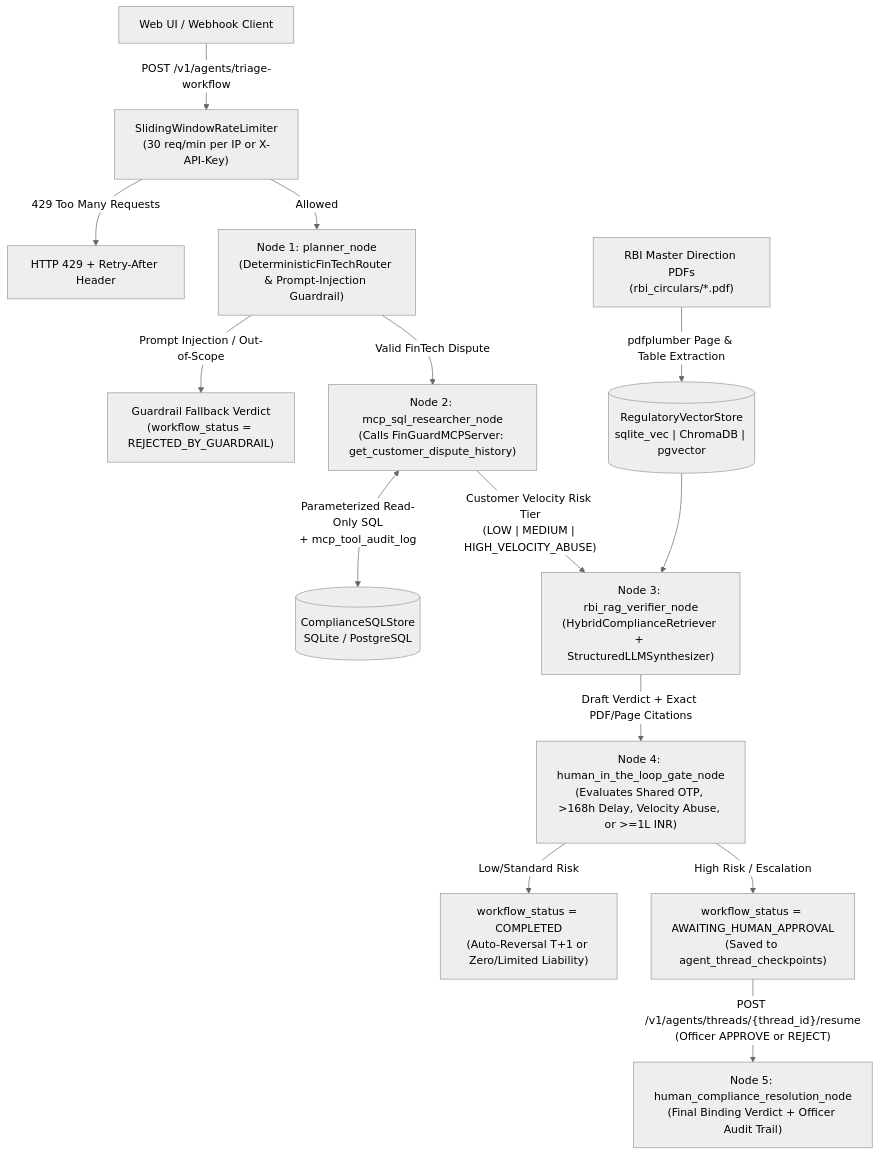
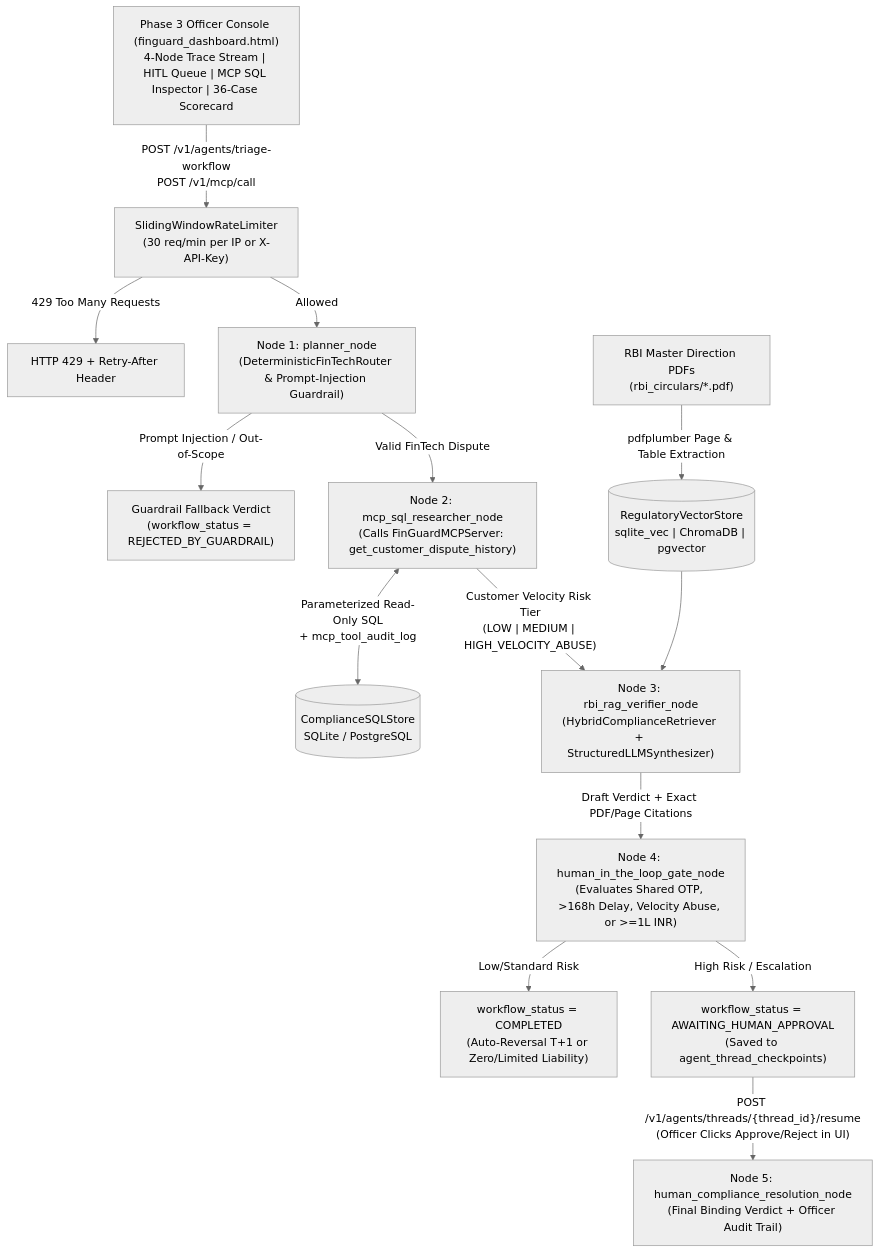
One commit to SanketBelieve/finguard_ai changed the diagram in README.md. Above: the diagram before and after it, drawn with Mermaid (neutral theme). The commit also changed other lines of this file and 1 other file, not shown here.

````diff
--- a/README.md
+++ b/README.md
@@ -22,20 +22,20 @@
 ```mermaid
 flowchart TD
-    Client["Web UI / Webhook Client"] -->|"POST /v1/agents/triage-workflow"| RateLimiter["SlidingWindowRateLimiter\n(30 req/min per IP or X-API-Key)"]
+    UI["Phase 3 Officer Console (finguard_dashboard.html)\n4-Node Trace Stream | HITL Queue | MCP SQL Inspector | 36-Case Scorecard"] -->|"POST /v1/agents/triage-workflow\nPOST /v1/mcp/call"| RateLimiter["SlidingWindowRateLimiter\n(30 req/min per IP or X-API-Key)"]
     RateLimiter -->|"429 Too Many Requests"| Reject429["HTTP 429 + Retry-After Header"]
     RateLimiter -->|"Allowed"| Node1["Node 1: planner_node\n(DeterministicFinTechRouter & Prompt-Injection Guardrail)"]
 
     Node1 -->|"Prompt Injection / Out-of-Scope"| Guardrail["Guardrail Fallback Verdict\n(workflow_status = REJECTED_BY_GUARDRAIL)"]
     Node1 -->|"Valid FinTech Dispute"| Node2["Node 2: mcp_sql_researcher_node\n(Calls FinGuardMCPServer: get_customer_dispute_history)"]
 
     Node2 <-->|"Parameterized Read-Only SQL\n+ mcp_tool_audit_log"| SQLStore[("ComplianceSQLStore\nSQLite / PostgreSQL")]
     Node2 -->|"Customer Velocity Risk Tier\n(LOW | MEDIUM | HIGH_VELOCITY_ABUSE)"| Node3["Node 3: rbi_rag_verifier_node\n(HybridComplianceRetriever + StructuredLLMSynthesizer)"]
 
     PDFs["RBI Master Direction PDFs\n(rbi_circulars/*.pdf)"] -->|"pdfplumber Page & Table Extraction"| VectorStore[("RegulatoryVectorStore\nsqlite_vec | ChromaDB | pgvector")]
     VectorStore --> Node3
 
     Node3 -->|"Draft Verdict + Exact PDF/Page Citations"| Node4["Node 4: human_in_the_loop_gate_node\n(Evaluates Shared OTP, >168h Delay, Velocity Abuse, or >=1L INR)"]
     Node4 -->|"Low/Standard Risk"| Completed["workflow_status = COMPLETED\n(Auto-Reversal T+1 or Zero/Limited Liability)"]
     Node4 -->|"High Risk / Escalation"| Paused["workflow_status = AWAITING_HUMAN_APPROVAL\n(Saved to agent_thread_checkpoints)"]
-    Paused -->|"POST /v1/agents/threads/{thread_id}/resume\n(Officer APPROVE or REJECT)"| Resumed["Node 5: human_compliance_resolution_node\n(Final Binding Verdict + Officer Audit Trail)"]
+    Paused -->|"POST /v1/agents/threads/{thread_id}/resume\n(Officer Clicks Approve/Reject in UI)"| Resumed["Node 5: human_compliance_resolution_node\n(Final Binding Verdict + Officer Audit Trail)"]
 ```
````
